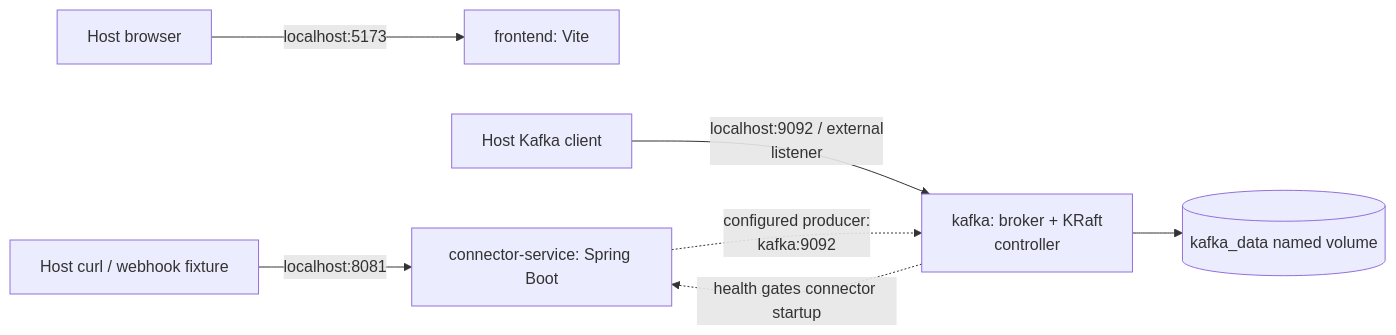
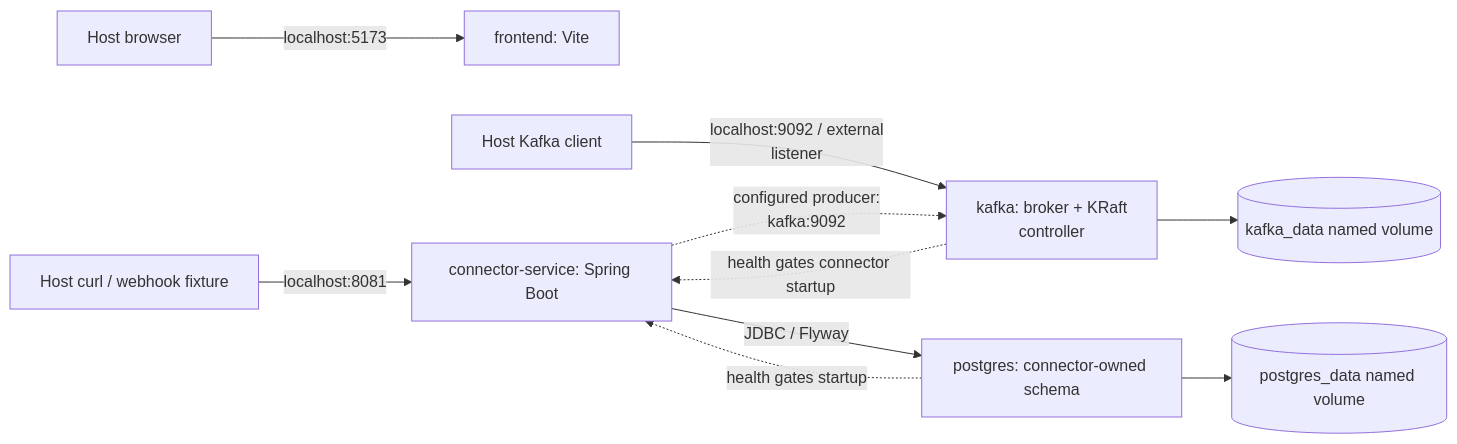
Diagram 29 of 41 in README.md (ChangeGuardHQ/changuard-platform), drawn with Mermaid before and after one commit. The commit also changed other lines of this file and 29 other files, not shown here.

````diff
--- a/README.md
+++ b/README.md
@@ -1951,9 +1966,12 @@
 ```mermaid
 flowchart LR
     Browser["Host browser"] -->|"localhost:5173"| Frontend["frontend: Vite"]
     Client["Host curl / webhook fixture"] -->|"localhost:8081"| Connector["connector-service: Spring Boot"]
     KafkaClient["Host Kafka client"] -->|"localhost:9092 / external<br/>listener"| Kafka["kafka: broker + KRaft<br/>controller"]
     Connector -.->|"configured producer:<br/>kafka:9092"| Kafka
     Kafka --> Volume[("kafka_data named volume")]
     Kafka -.->|"health gates connector startup"| Connector
+    Connector -->|"JDBC / Flyway"| Postgres["postgres: connector-owned schema"]
+    Postgres --> DatabaseVolume[("postgres_data named volume")]
+    Postgres -.->|"health gates startup"| Connector
 ```
````
